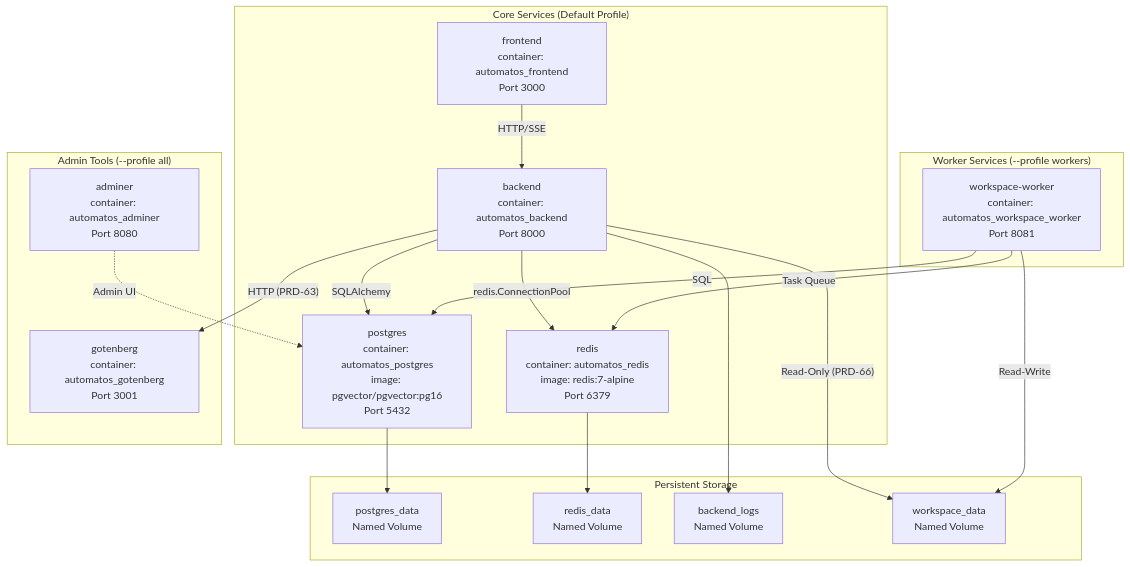
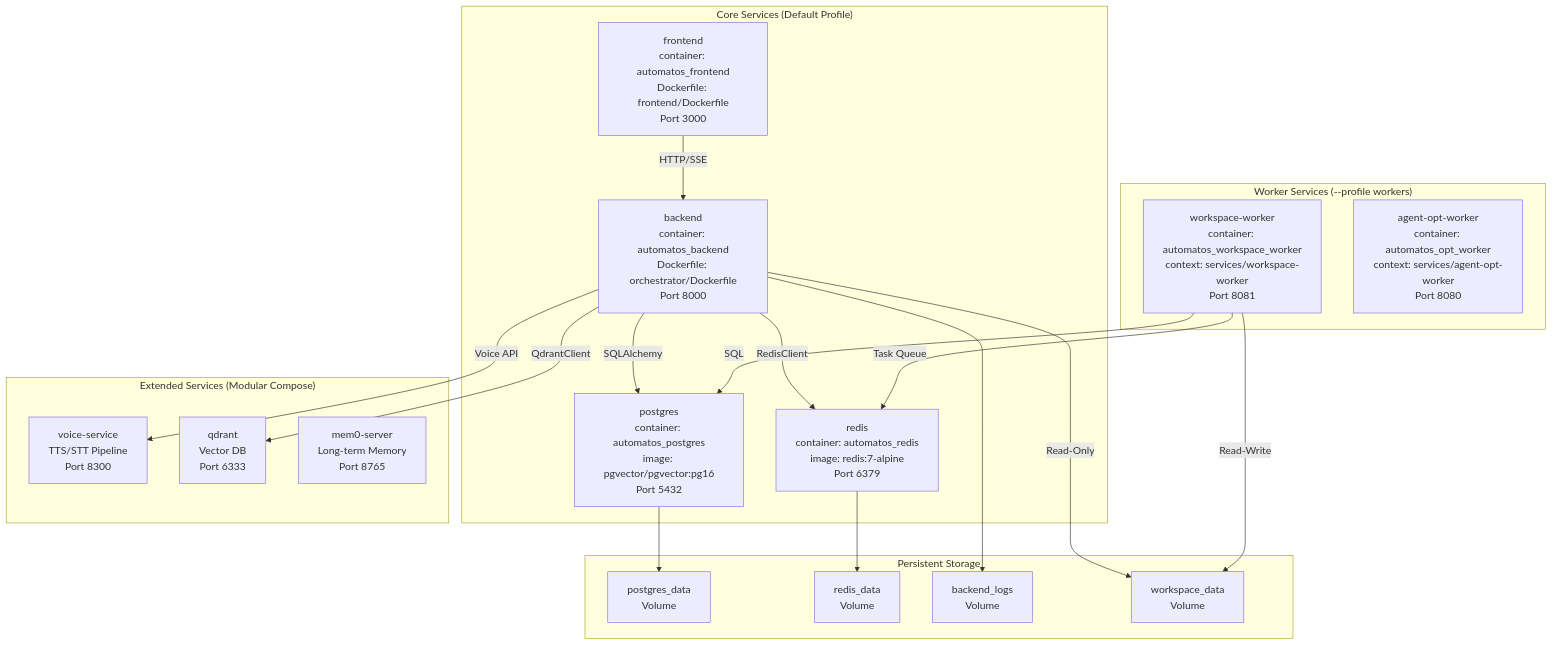
Before and after one commit to AutomatosAI/automatos-ai: the first of 2 diagrams in docs/deployment-infrastructure/_index.md, drawn with Mermaid. The commit also changed other lines of this file and 149 other files, not shown here.

Commit message:
docs: refresh documentation with graphify semantic scan

````diff
--- a/docs/deployment-infrastructure/_index.md
+++ b/docs/deployment-infrastructure/_index.md
@@ -35,38 +60,40 @@
 ```mermaid
 graph TB
     subgraph "Core Services (Default Profile)"
-        Frontend["frontend<br/>container: automatos_frontend<br/>Port 3000"]
-        Backend["backend<br/>container: automatos_backend<br/>Port 8000"]
+        Frontend["frontend<br/>container: automatos_frontend<br/>Dockerfile: frontend/Dockerfile<br/>Port 3000"]
+        Backend["backend<br/>container: automatos_backend<br/>Dockerfile: orchestrator/Dockerfile<br/>Port 8000"]
         Postgres["postgres<br/>container: automatos_postgres<br/>image: pgvector/pgvector:pg16<br/>Port 5432"]
         Redis["redis<br/>container: automatos_redis<br/>image: redis:7-alpine<br/>Port 6379"]
     end
     
     subgraph "Worker Services (--profile workers)"
-        WorkspaceWorker["workspace-worker<br/>container: automatos_workspace_worker<br/>Port 8081"]
+        WorkspaceWorker["workspace-worker<br/>container: automatos_workspace_worker<br/>context: services/workspace-worker<br/>Port 8081"]
+        OptWorker["agent-opt-worker<br/>container: automatos_opt_worker<br/>context: services/agent-opt-worker<br/>Port 8080"]
     end
     
-    subgraph "Admin Tools (--profile all)"
-        Adminer["adminer<br/>container: automatos_adminer<br/>Port 8080"]
-        Gotenberg["gotenberg<br/>container: automatos_gotenberg<br/>Port 3001"]
+    subgraph "Extended Services (Modular Compose)"
+        Voice["voice-service<br/>TTS/STT Pipeline<br/>Port 8300"]
+        Qdrant["qdrant<br/>Vector DB<br/>Port 6333"]
+        Mem0["mem0-server<br/>Long-term Memory<br/>Port 8765"]
     end
     
     subgraph "Persistent Storage"
-        PGData["postgres_data<br/>Named Volume"]
-        RedisData["redis_data<br/>Named Volume"]
-        Logs["backend_logs<br/>Named Volume"]
-        WorkspaceData["workspace_data<br/>Named Volume"]
+        PGData["postgres_data<br/>Volume"]
+        RedisData["redis_data<br/>Volume"]
+        Logs["backend_logs<br/>Volume"]
+        WorkspaceData["workspace_data<br/>Volume"]
     end
     
     Frontend -->|"HTTP/SSE"| Backend
     Backend -->|"SQLAlchemy"| Postgres
-    Backend -->|"redis.ConnectionPool"| Redis
+    Backend -->|"RedisClient"| Redis
     WorkspaceWorker -->|"SQL"| Postgres
     WorkspaceWorker -->|"Task Queue"| Redis
-    Backend -->|"HTTP (PRD-63)"| Gotenberg
-    Backend -->|"Read-Only (PRD-66)"| WorkspaceData
+    Backend -->|"Voice API"| Voice
+    Backend -->|"QdrantClient"| Qdrant
+    Backend -->|"Read-Only"| WorkspaceData
     WorkspaceWorker -->|"Read-Write"| WorkspaceData
     Backend --> Logs
     Postgres --> PGData
     Redis --> RedisData
-    Adminer -.->|"Admin UI"| Postgres
 ```
````
